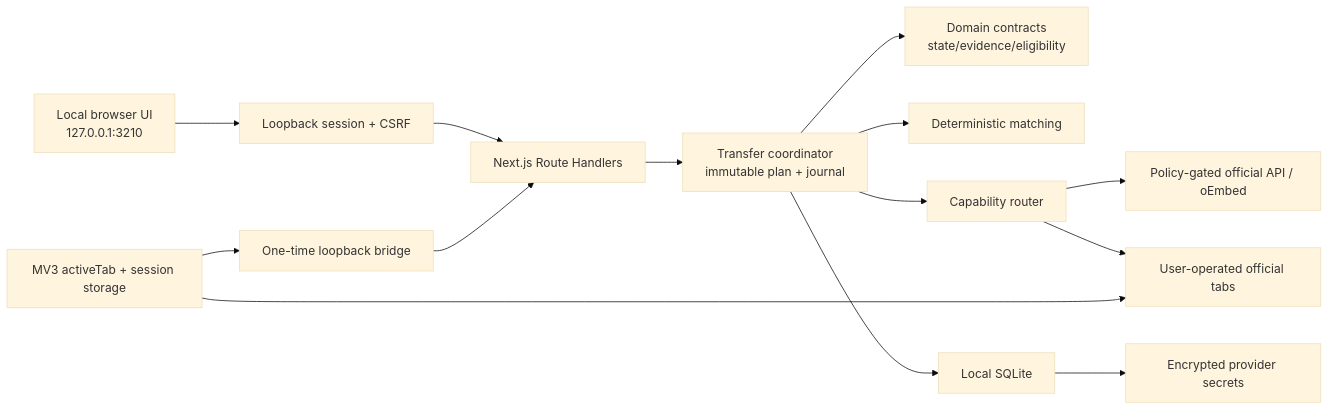
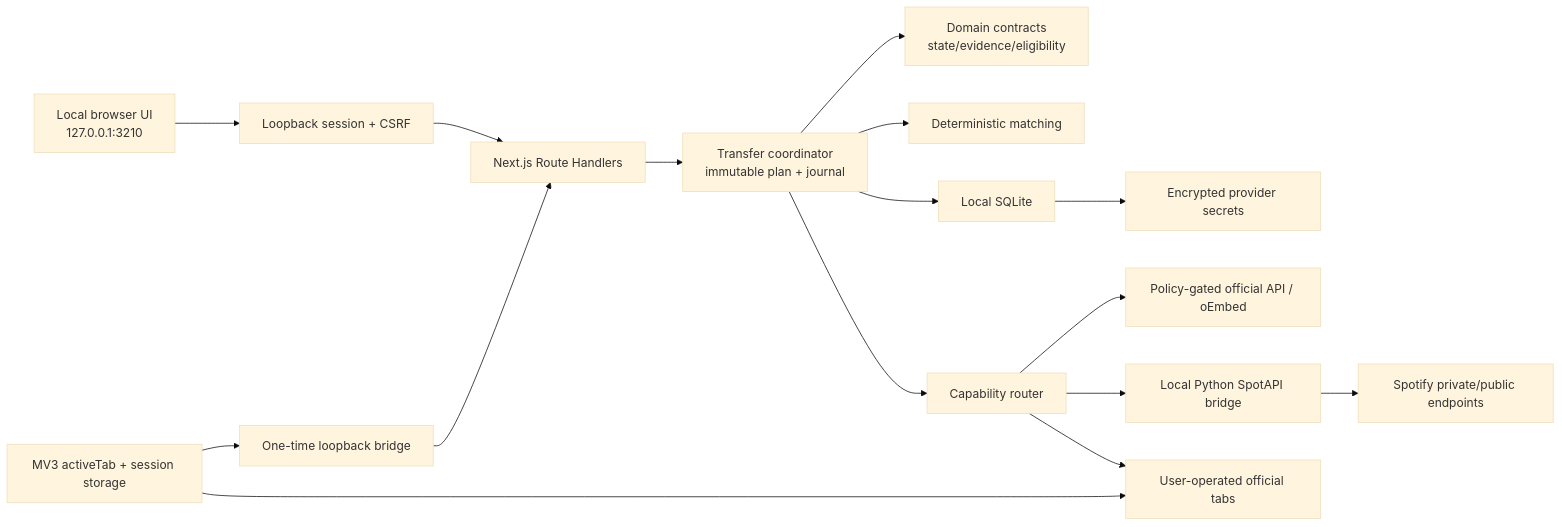
The first of 2 diagrams in docs/architecture.md (Slavuck/Playlist-Transfer), drawn with Mermaid (base theme) before and after one commit. The commit also changed other lines of this file and 78 other files, not shown here.

````diff
--- a/docs/architecture.md
+++ b/docs/architecture.md
@@ -7,16 +7,18 @@
 ```mermaid
 flowchart LR
   Browser["Local browser UI\n127.0.0.1:3210"] --> Session["Loopback session + CSRF"]
   Session --> Routes["Next.js Route Handlers"]
   Routes --> Coordinator["Transfer coordinator\nimmutable plan + journal"]
   Coordinator --> Domain["Domain contracts\nstate/evidence/eligibility"]
   Coordinator --> Match["Deterministic matching"]
   Coordinator --> Connectors["Capability router"]
   Coordinator --> DB["Local SQLite"]
   DB --> Vault["Encrypted provider secrets"]
   Connectors --> Official["Policy-gated official API / oEmbed"]
+  Connectors --> SpotAPI["Local Python SpotAPI bridge"]
+  SpotAPI --> SpotifyPrivate["Spotify private/public endpoints"]
   Connectors --> Guided["User-operated official tabs"]
   Extension["MV3 activeTab + session storage"] --> Bridge["One-time loopback bridge"]
   Bridge --> Routes
   Extension --> Guided
 ```
````
